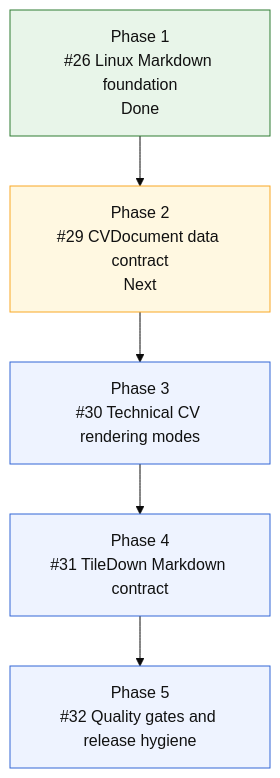
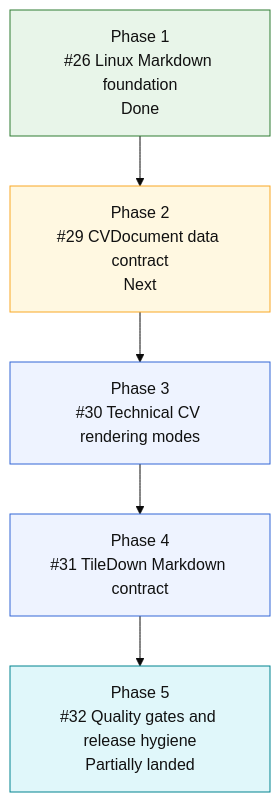
One commit to mihaelamj/cvbuilder changed the diagram in README.md. Above: the diagram before and after it, drawn with Mermaid (base theme). The commit also changed 1 other file, not shown here.

Commit message:
docs(roadmap): update merged phase state

````diff
--- a/README.md
+++ b/README.md
@@ -139,17 +139,19 @@
 ```mermaid
 flowchart TD
     P1["Phase 1<br/>#26 Linux Markdown foundation<br/>Done"]
     P2["Phase 2<br/>#29 CVDocument data contract<br/>Next"]
     P3["Phase 3<br/>#30 Technical CV rendering modes"]
     P4["Phase 4<br/>#31 TileDown Markdown contract"]
-    P5["Phase 5<br/>#32 Quality gates and release hygiene"]
+    P5["Phase 5<br/>#32 Quality gates and release hygiene<br/>Partially landed"]
 
     P1 --> P2 --> P3 --> P4 --> P5
 
     classDef done fill:#e8f5e9,stroke:#2e7d32,color:#111;
     classDef next fill:#fff8e1,stroke:#f9a825,color:#111;
+    classDef partial fill:#e0f7fa,stroke:#00838f,color:#111;
     classDef todo fill:#eef3ff,stroke:#3367d6,color:#111;
     class P1 done;
     class P2 next;
-    class P3,P4,P5 todo;
+    class P5 partial;
+    class P3,P4 todo;
 ```
````
